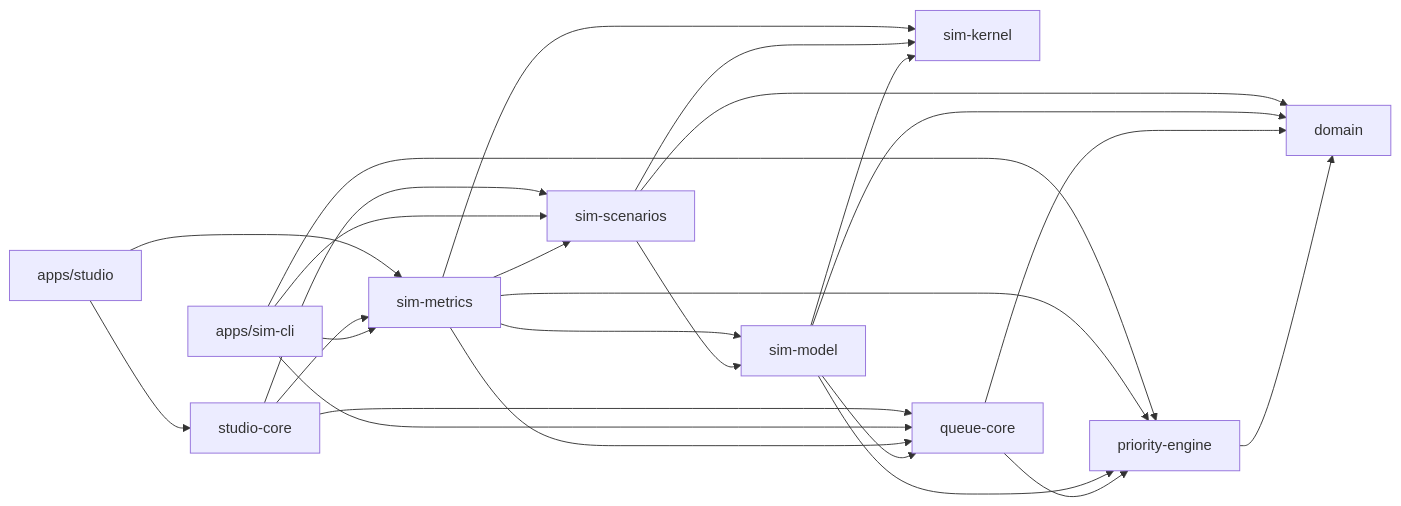
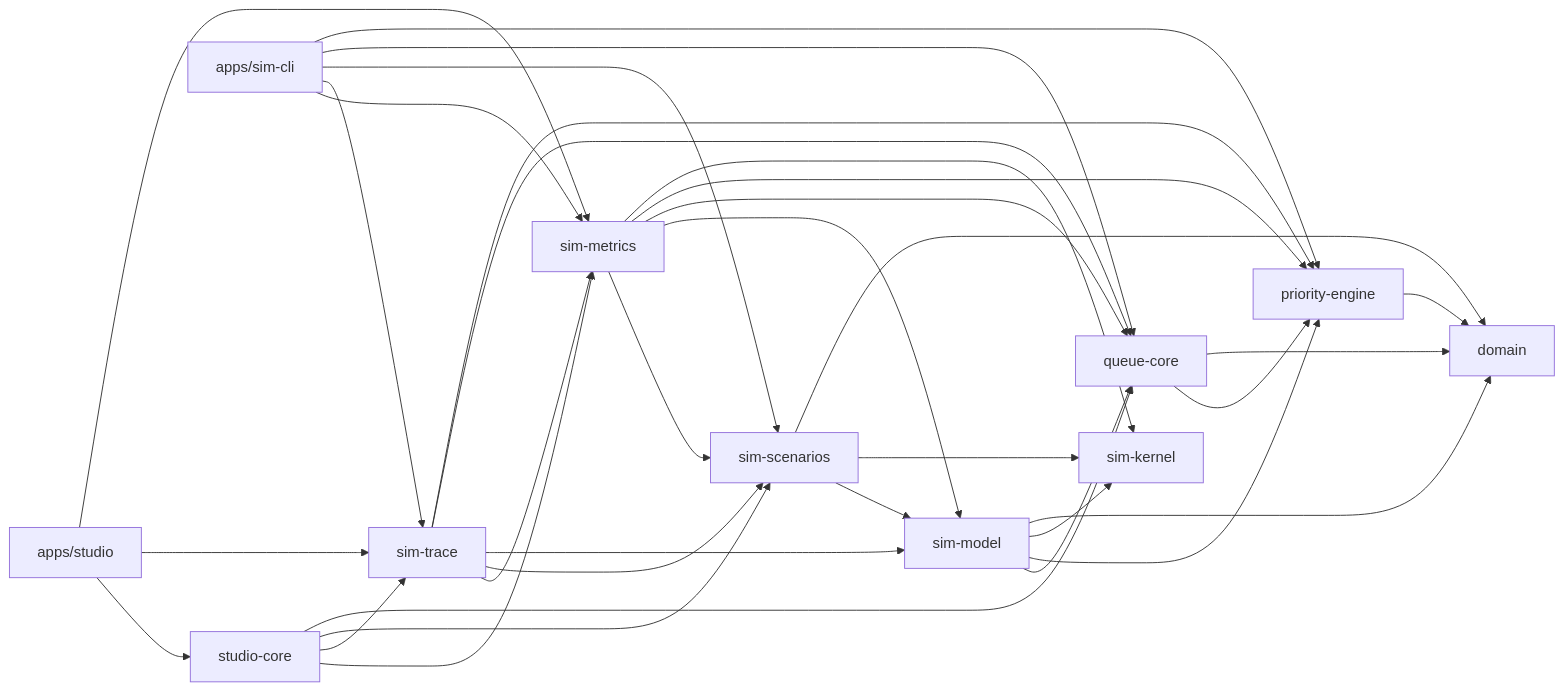
Before and after one commit to leviuzz/gaterush: the first of 2 diagrams in ARCHITECTURE.md, drawn with Mermaid. The commit also changed other lines of this file and 50 other files, not shown here.

````diff
--- a/ARCHITECTURE.md
+++ b/ARCHITECTURE.md
@@ -49,37 +50,46 @@
 ```mermaid
 flowchart LR
   domain["domain"]
   kernel["sim-kernel"]
   engine["priority-engine"]
   queue["queue-core"]
   model["sim-model"]
   scenarios["sim-scenarios"]
   metrics["sim-metrics"]
+  trace["sim-trace"]
   studiocore["studio-core"]
   cli["apps/sim-cli"]
   studio["apps/studio"]
   engine --> domain
   queue --> engine
   queue --> domain
   model --> queue
   model --> engine
   model --> kernel
   model --> domain
   scenarios --> model
   scenarios --> kernel
   scenarios --> domain
   metrics --> scenarios
   metrics --> model
   metrics --> queue
   metrics --> engine
   metrics --> kernel
+  trace --> metrics
+  trace --> scenarios
+  trace --> model
+  trace --> queue
+  trace --> engine
   cli --> metrics
+  cli --> trace
   cli --> scenarios
   cli --> queue
   cli --> engine
   studiocore --> metrics
+  studiocore --> trace
   studiocore --> scenarios
   studiocore --> queue
   studio --> studiocore
+  studio --> trace
   studio --> metrics
 ```
````
